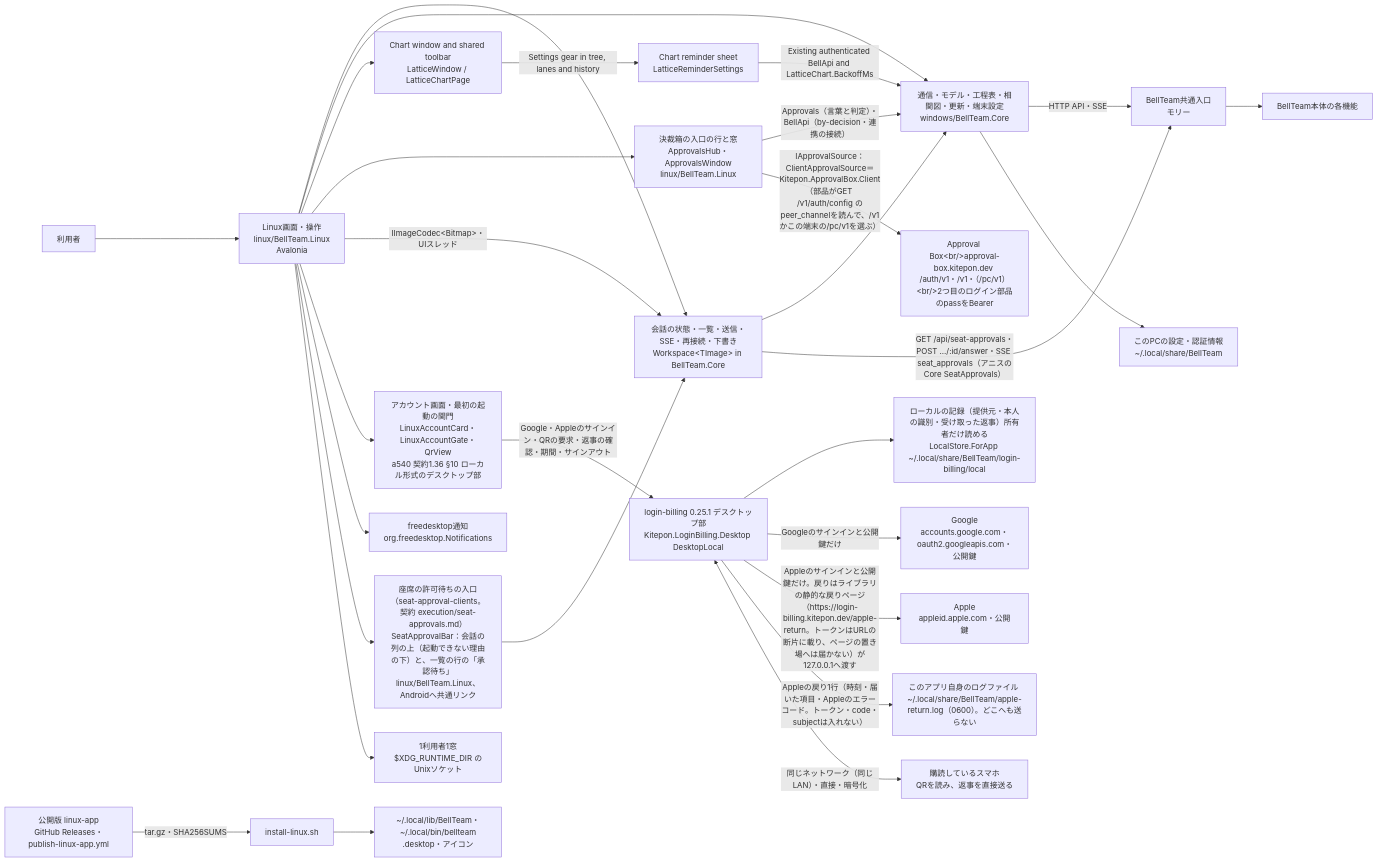
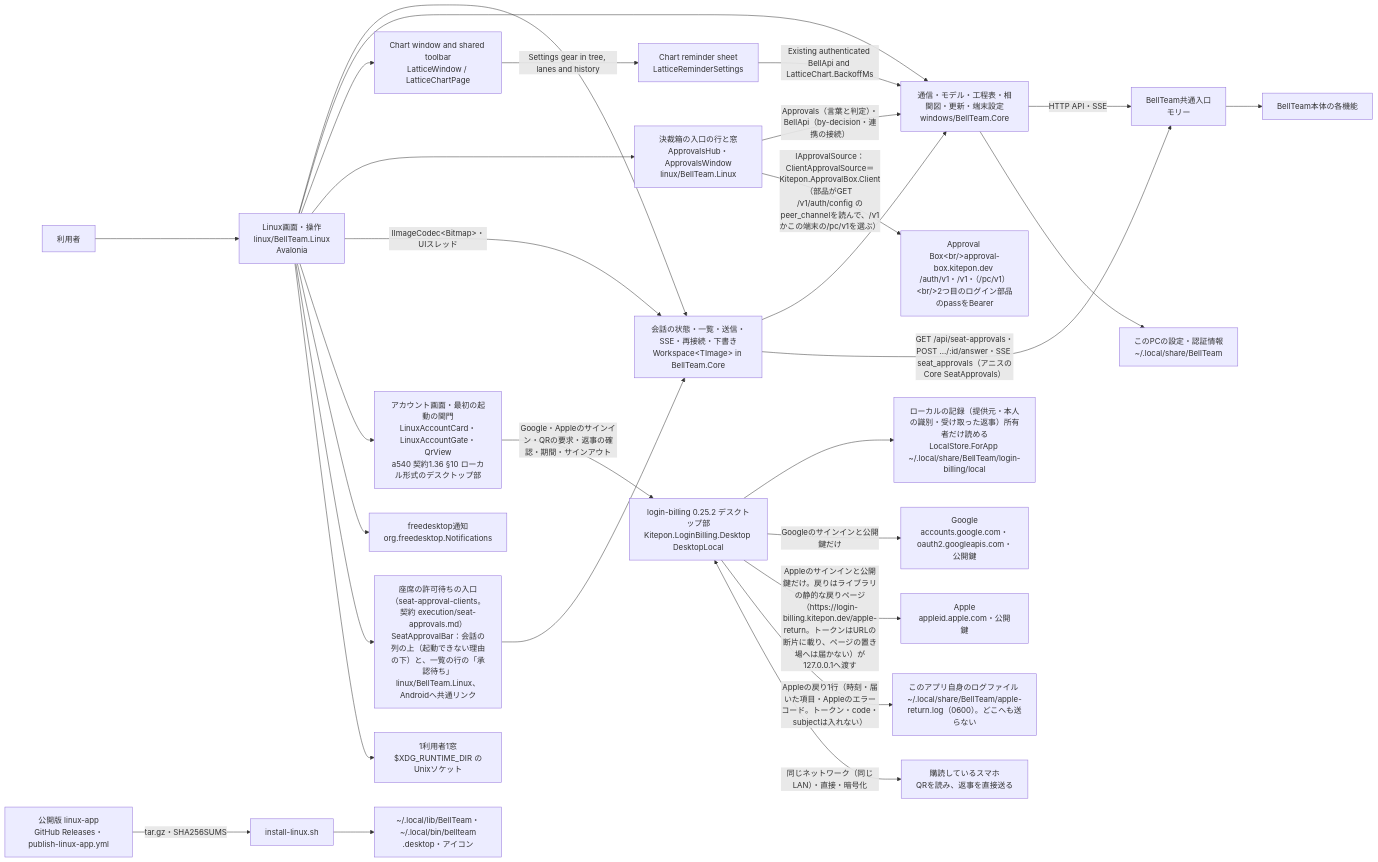
One commit to kitepon/BellTeam changed the first of 3 diagrams in docs/linux-architecture.md. Above: the diagram before and after it, drawn with Mermaid. The commit also changed other lines of this file and 9 other files, not shown here.

First line of the commit message:
login-billing 0.25.2 and Approval Box client 0.6.2: repin (text-only: unreachable_same_wifi without Wi-Fi)

````diff
--- a/docs/linux-architecture.md
+++ b/docs/linux-architecture.md
@@ -9,31 +9,31 @@
 ```mermaid
 flowchart LR
   user[利用者] --> ui[Linux画面・操作<br/>linux/BellTeam.Linux<br/>Avalonia]
   ui --> ws[会話の状態・一覧・送信・SSE・再接続・下書き<br/>Workspace&lt;TImage&gt; in BellTeam.Core]
   ui --> core[通信・モデル・工程表・相関図・更新・端末設定<br/>windows/BellTeam.Core]
   ui --> chart[Chart window and shared toolbar<br/>LatticeWindow / LatticeChartPage]
   chart -->|Settings gear in tree, lanes and history| reminders[Chart reminder sheet<br/>LatticeReminderSettings]
   reminders -->|Existing authenticated BellApi and LatticeChart.BackoffMs| core
   ui --> abx[決裁箱の入口の行と窓<br/>ApprovalsHub・ApprovalsWindow<br/>linux/BellTeam.Linux]
   abx -->|Approvals（言葉と判定）・BellApi（by-decision・連携の接続）| core
   abx -->|IApprovalSource：ClientApprovalSource＝Kitepon.ApprovalBox.Client（部品がGET /v1/auth/config のpeer_channelを読んで、/v1かこの端末の/pc/v1を選ぶ）| abxsrv[Approval Box&lt;br/&gt;approval-box.kitepon.dev /auth/v1・/v1・（/pc/v1）&lt;br/&gt;2つ目のログイン部品のpassをBearer]
   ws --> core
   ui -->|IImageCodec&lt;Bitmap&gt;・UIスレッド| ws
   core -->|HTTP API・SSE| integration[BellTeam共通入口<br/>モリー]
   core --> local[このPCの設定・認証情報<br/>~/.local/share/BellTeam]
   ui --> account[アカウント画面・最初の起動の関門<br/>LinuxAccountCard・LinuxAccountGate・QrView<br/>a540 契約1.36 §10 ローカル形式のデスクトップ部]
-  account -->|Google・Appleのサインイン・QRの要求・返事の確認・期間・サインアウト| lib[login-billing 0.25.1 デスクトップ部<br/>Kitepon.LoginBilling.Desktop DesktopLocal]
+  account -->|Google・Appleのサインイン・QRの要求・返事の確認・期間・サインアウト| lib[login-billing 0.25.2 デスクトップ部<br/>Kitepon.LoginBilling.Desktop DesktopLocal]
   lib --> pass[ローカルの記録（提供元・本人の識別・受け取った返事）所有者だけ読める<br/>LocalStore.ForApp ~/.local/share/BellTeam/login-billing/local]
   lib -->|Googleのサインインと公開鍵だけ| google[Google<br/>accounts.google.com・oauth2.googleapis.com・公開鍵]
   lib -->|Appleのサインインと公開鍵だけ。戻りはライブラリの静的な戻りページ（https://login-billing.kitepon.dev/apple-return。トークンはURLの断片に載り、ページの置き場へは届かない）が127.0.0.1へ渡す| apple[Apple<br/>appleid.apple.com・公開鍵]
   lib -->|Appleの戻り1行（時刻・届いた項目・Appleのエラーコード。トークン・code・subjectは入れない）| devlog[このアプリ自身のログファイル ~/.local/share/BellTeam/apple-return.log（0600）。どこへも送らない]
   lib <-->|同じネットワーク（同じLAN）・直接・暗号化| phone[購読しているスマホ<br/>QRを読み、返事を直接送る]
   ui --> notify[freedesktop通知<br/>org.freedesktop.Notifications]
   ui --> seat[座席の許可待ちの入口（seat-approval-clients。契約 execution/seat-approvals.md）<br/>SeatApprovalBar：会話の列の上（起動できない理由の下）と、一覧の行の「承認待ち」<br/>linux/BellTeam.Linux、Androidへ共通リンク]
   seat --> ws
   ws -->|"GET /api/seat-approvals・POST …/:id/answer・SSE seat_approvals（アニスのCore SeatApprovals）"| integration
   ui --> single[1利用者1窓<br/>$XDG_RUNTIME_DIR のUnixソケット]
   release[公開版 linux-app<br/>GitHub Releases・publish-linux-app.yml] -->|tar.gz・SHA256SUMS| install[install-linux.sh]
   install --> files[~/.local/lib/BellTeam・~/.local/bin/bellteam<br/>.desktop・アイコン]
   integration --> server[BellTeam本体の各機能]
 ```
````
